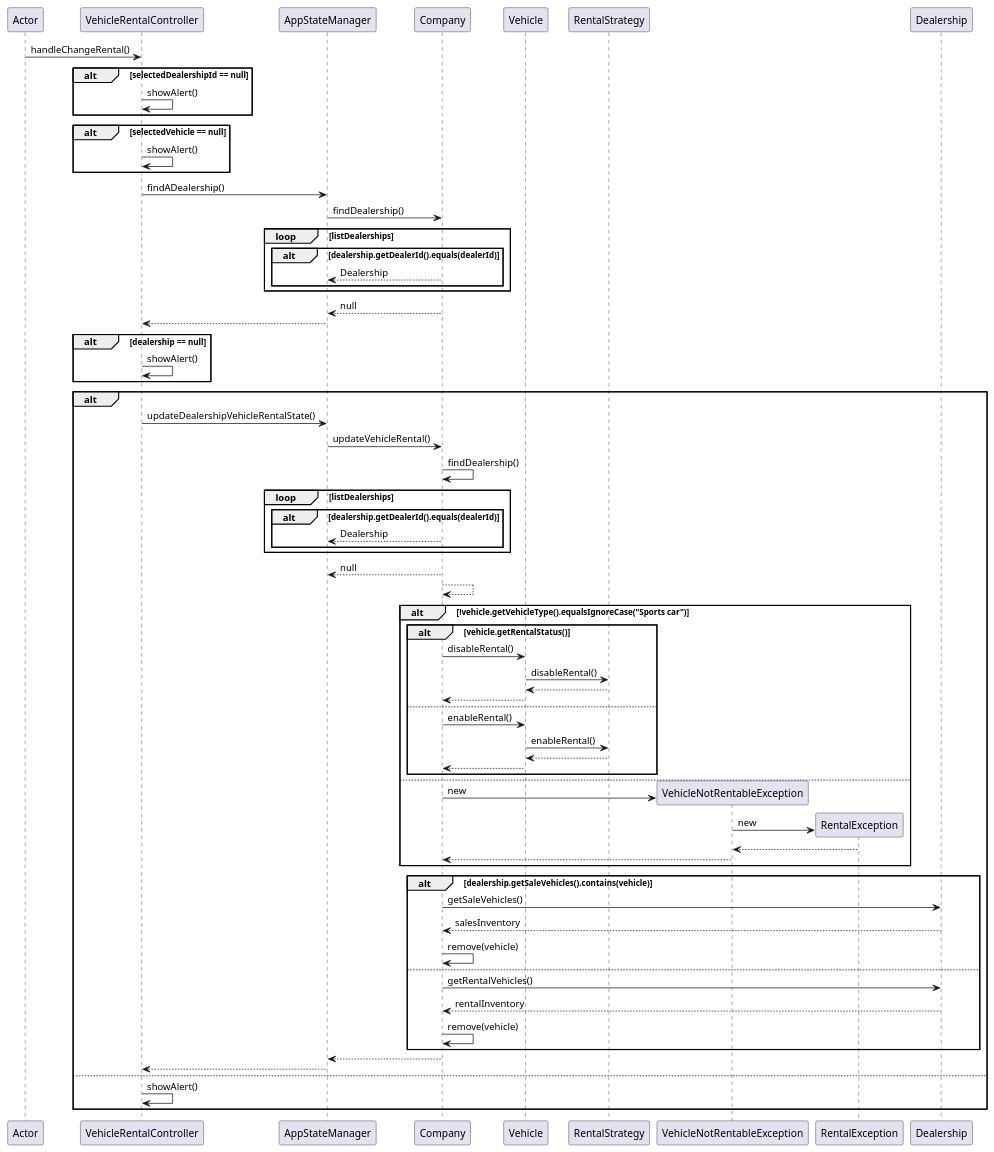
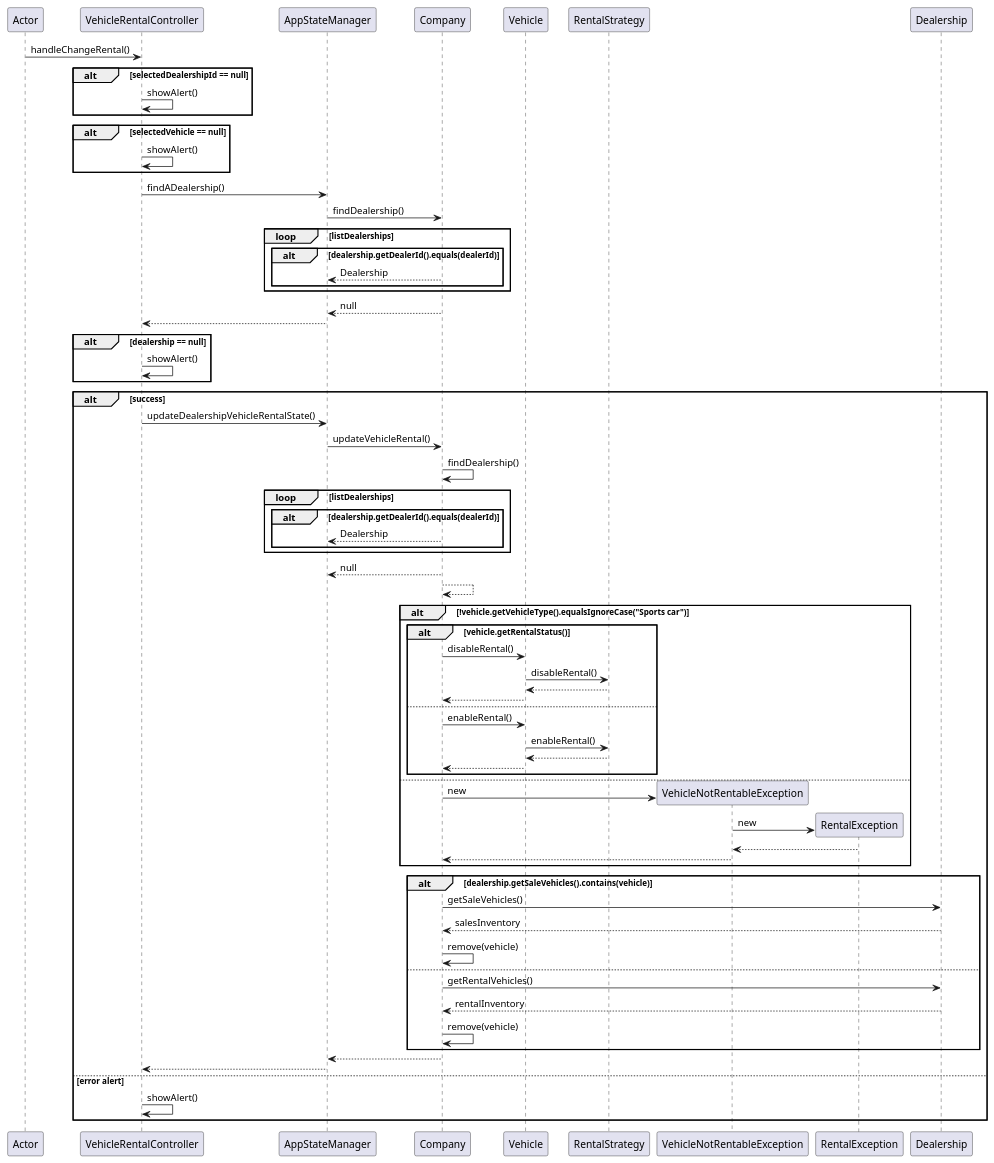
One commit to masonday1/DealershipProject changed the diagram in UMLdiagrams/ChangingVehicleRentalStatusSequence.puml. Above: the diagram before and after it, drawn with PlantUML. The commit also changed 1 other file, not shown here.

Commit message:
Added DealershipVehicleTransfer sequence diagram.

```diff
--- a/UMLdiagrams/ChangingVehicleRentalStatusSequence.puml
+++ b/UMLdiagrams/ChangingVehicleRentalStatusSequence.puml
@@ -1,67 +1,67 @@
 @startuml
 participant Actor
 Actor -> VehicleRentalController : handleChangeRental()
 alt selectedDealershipId == null
     VehicleRentalController -> VehicleRentalController : showAlert()
 end
 alt selectedVehicle == null
     VehicleRentalController -> VehicleRentalController : showAlert()
 end
 VehicleRentalController -> AppStateManager : findADealership()
 AppStateManager -> Company : findDealership()
 loop listDealerships
     alt dealership.getDealerId().equals(dealerId)
         Company --> AppStateManager: Dealership
     end
 end
 Company --> AppStateManager: null
 AppStateManager --> VehicleRentalController
 alt dealership == null
     VehicleRentalController -> VehicleRentalController : showAlert()
 end
-alt
+alt success
     VehicleRentalController -> AppStateManager : updateDealershipVehicleRentalState()
     AppStateManager -> Company : updateVehicleRental()
     Company -> Company : findDealership()
     loop listDealerships
         alt dealership.getDealerId().equals(dealerId)
             Company --> AppStateManager: Dealership
         end
     end
     Company --> AppStateManager: null
     Company --> Company
     alt !vehicle.getVehicleType().equalsIgnoreCase("Sports car")
         alt vehicle.getRentalStatus()
             Company -> Vehicle : disableRental()
             Vehicle -> RentalStrategy : disableRental()
             RentalStrategy --> Vehicle
             Vehicle --> Company
         else
             Company -> Vehicle : enableRental()
             Vehicle -> RentalStrategy : enableRental()
             RentalStrategy --> Vehicle
             Vehicle --> Company
         end
     else
         create VehicleNotRentableException
         Company -> VehicleNotRentableException : new
         create RentalException
         VehicleNotRentableException -> RentalException : new
         RentalException --> VehicleNotRentableException
         VehicleNotRentableException --> Company
     end
     alt dealership.getSaleVehicles().contains(vehicle)
         Company -> Dealership: getSaleVehicles()
         Dealership --> Company: salesInventory
         Company -> Company: remove(vehicle)
     else
         Company -> Dealership: getRentalVehicles()
         Dealership --> Company: rentalInventory
         Company -> Company: remove(vehicle)
     end
     Company --> AppStateManager
     AppStateManager --> VehicleRentalController
-else
+else error alert
     VehicleRentalController -> VehicleRentalController : showAlert()
 end
 @enduml
```
